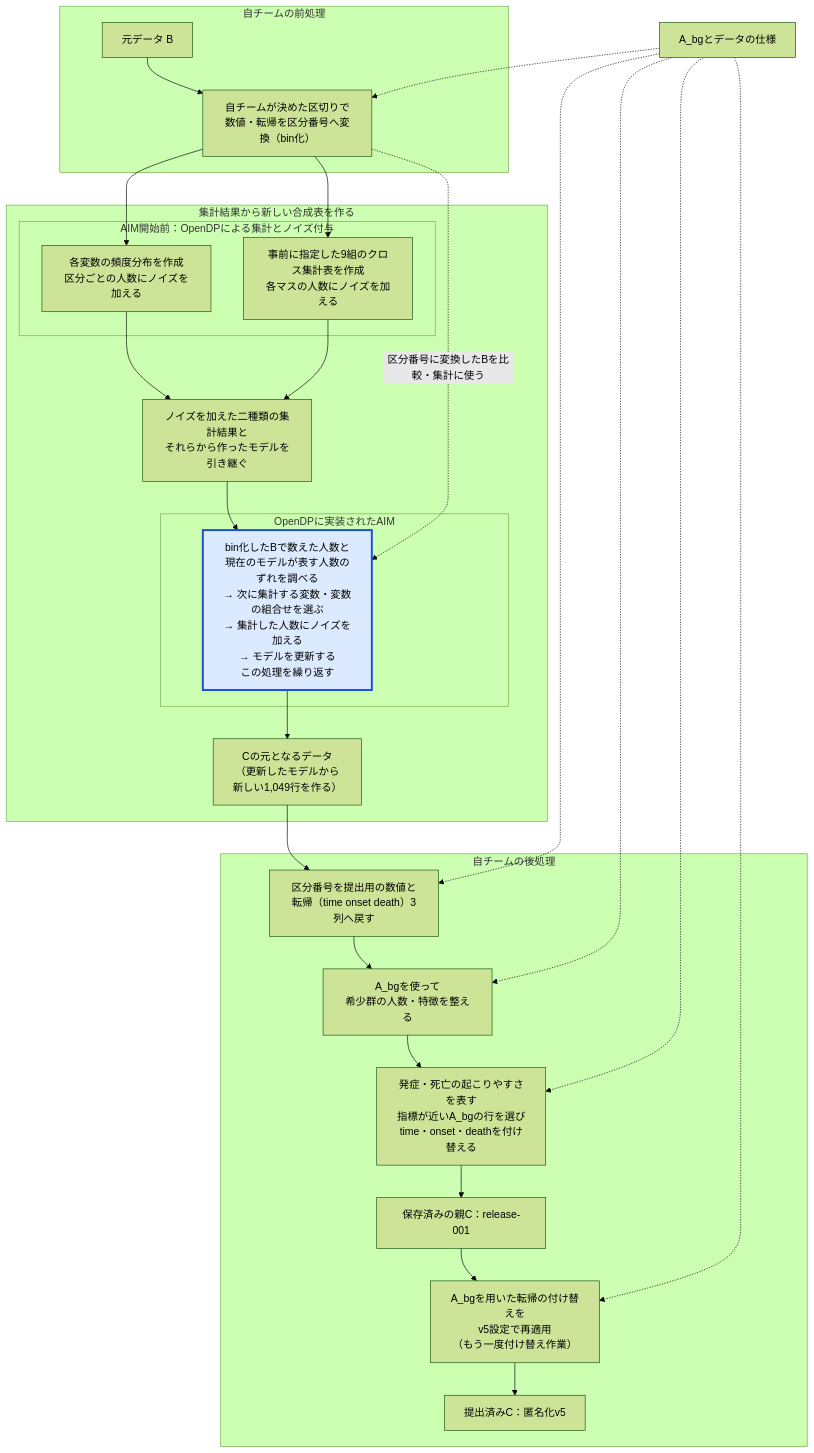
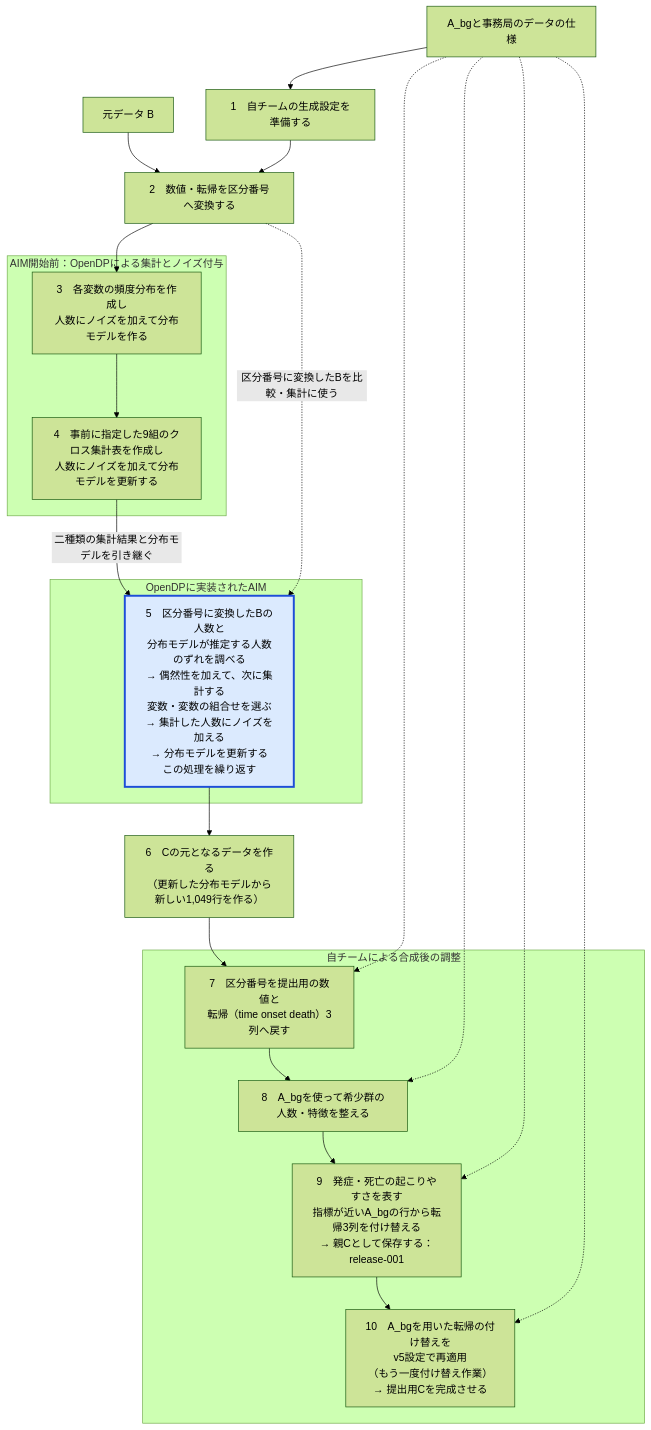
The diagram in prelim/method_explanation/01_anonymization.md (tsugiyama0216/pwscup2026-kit-outsider-final), drawn with Mermaid (forest theme) before and after one commit. The commit also changed other lines of this file and 10 other files, not shown here.

````diff
--- a/prelim/method_explanation/01_anonymization.md
+++ b/prelim/method_explanation/01_anonymization.md
@@ -52,37 +40,31 @@
 ```mermaid
 flowchart TB
-  subgraph PRE[自チームの前処理]
-    B[元データ B] --> E["自チームが決めた区切りで<br/>数値・転帰を区分番号へ変換（bin化）"]
+  BG["A_bgと事務局のデータの仕様"] --> S1["1　自チームの生成設定を準備する"]
+  B[元データ B] --> S2
+  S1 --> S2["2　数値・転帰を区分番号へ変換する"]
+  subgraph INIT["AIM開始前：OpenDPによる集計とノイズ付与"]
+    S3["3　各変数の頻度分布を作成し<br/>人数にノイズを加えて分布モデルを作る"]
+    S4["4　事前に指定した9組のクロス集計表を作成し<br/>人数にノイズを加えて分布モデルを更新する"]
+    S3 --> S4
   end
-  subgraph LIB[集計結果から新しい合成表を作る]
-    subgraph INIT["AIM開始前：OpenDPによる集計とノイズ付与"]
-      Q1["各変数の頻度分布を作成<br/>区分ごとの人数にノイズを加える"]
-      Q2["事前に指定した9組のクロス集計表を作成<br/>各マスの人数にノイズを加える"]
-    end
-    Q1 --> I["ノイズを加えた二種類の集計結果と<br/>それらから作ったモデルを引き継ぐ"]
-    Q2 --> I
-    subgraph ADAPT["OpenDPに実装されたAIM"]
-      Q3["bin化したBで数えた人数と<br/>現在のモデルが表す人数のずれを調べる<br/>→ 次に集計する変数・変数の組合せを選ぶ<br/>→ 集計した人数にノイズを加える<br/>→ モデルを更新する<br/>この処理を繰り返す"]
-    end
-    I --> Q3
-    Q3 --> G["Cの元となるデータ<br/>（更新したモデルから<br/>新しい1,049行を作る）"]
+  S2 --> S3
+  subgraph ADAPT["OpenDPに実装されたAIM"]
+    S5["5　区分番号に変換したBの人数と<br/>分布モデルが推定する人数のずれを調べる<br/>→ 偶然性を加えて、次に集計する<br/>変数・変数の組合せを選ぶ<br/>→ 集計した人数にノイズを加える<br/>→ 分布モデルを更新する<br/>この処理を繰り返す"]
   end
-  subgraph POST[自チームの後処理]
-    N["区分番号を提出用の数値と<br/>転帰（time onset death）3列へ戻す"]
-    N --> R["A_bgを使って<br/>希少群の人数・特徴を整える"]
-    R --> O["発症・死亡の起こりやすさを表す<br/>指標が近いA_bgの行を選び<br/>time・onset・deathを付け替える"]
-    O --> P[保存済みの親C：release-001]
-    P --> V["A_bgを用いた転帰の付け替えを<br/>v5設定で再適用<br/>（もう一度付け替え作業）"]
-    V --> F[提出済みC：匿名化v5]
+  S4 -->|二種類の集計結果と分布モデルを引き継ぐ| S5
+  S2 -.->|区分番号に変換したBを比較・集計に使う| S5
+  S5 --> S6["6　Cの元となるデータを作る<br/>（更新した分布モデルから新しい1,049行を作る）"]
+  subgraph POST[自チームによる合成後の調整]
+    S7["7　区分番号を提出用の数値と<br/>転帰（time onset death）3列へ戻す"]
+    S8["8　A_bgを使って希少群の人数・特徴を整える"]
+    S9["9　発症・死亡の起こりやすさを表す<br/>指標が近いA_bgの行から転帰3列を付け替える<br/>→ 親Cとして保存する：release-001"]
+    S10["10　A_bgを用いた転帰の付け替えを<br/>v5設定で再適用<br/>（もう一度付け替え作業）<br/>→ 提出用Cを完成させる"]
+    S7 --> S8 --> S9 --> S10
   end
-  E --> Q1
-  E --> Q2
-  E -.->|区分番号に変換したBを比較・集計に使う| Q3
-  G --> N
-  BG[A_bgとデータの仕様] -.-> E
-  BG -.-> N
-  BG -.-> R
-  BG -.-> O
-  BG -.-> V
-  style Q3 fill:#dbeafe,stroke:#1d4ed8,stroke-width:3px
+  S6 --> S7
+  BG -.-> S7
+  BG -.-> S8
+  BG -.-> S9
+  BG -.-> S10
+  style S5 fill:#dbeafe,stroke:#1d4ed8,stroke-width:3px
 ```
````
